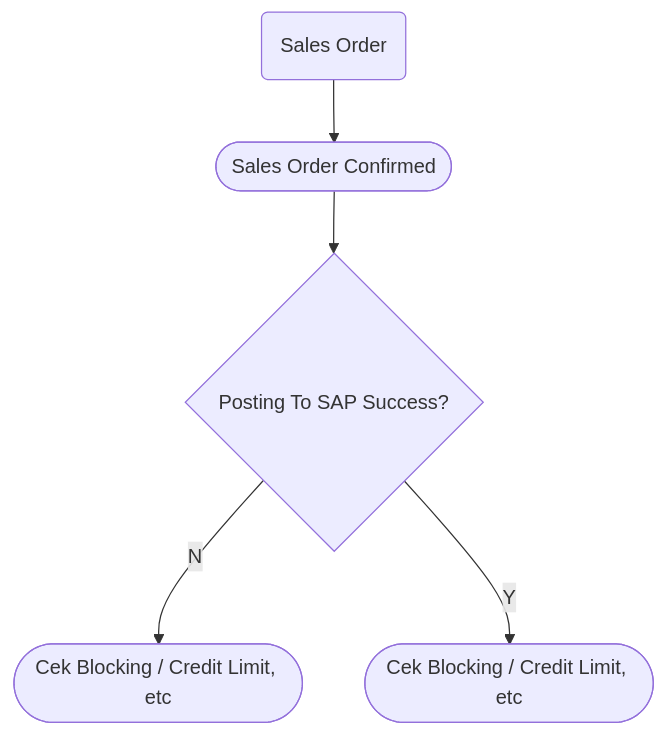
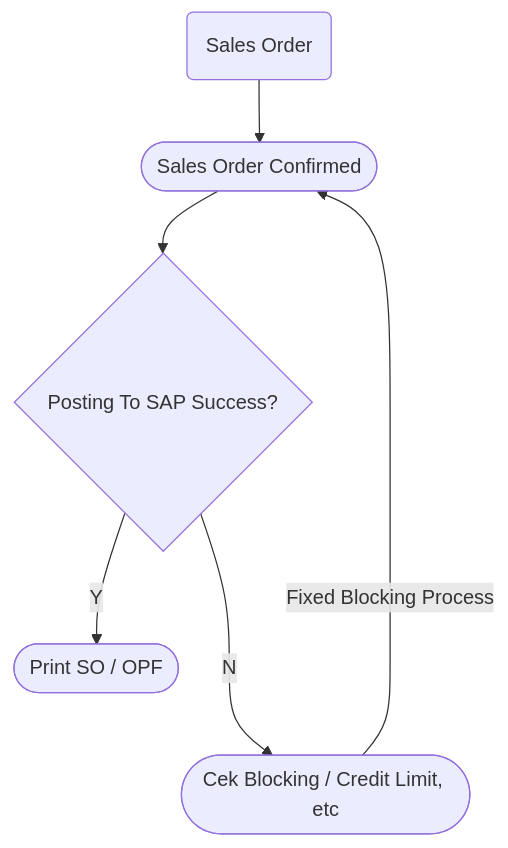
The diagram in cnw_trc_doc.md (andyut/cnw_doc), drawn with Mermaid before and after one commit. The commit also changed other lines of this file, not shown here.

Commit message:
cnw_trc_doc.md updated from https://stackedit.io/

````diff
--- a/cnw_trc_doc.md
+++ b/cnw_trc_doc.md
@@ -26,9 +26,10 @@
 ```mermaid
 graph TD
 A(Sales Order) --> A1([Sales Order Confirmed])
 A1 -->A2{Posting To SAP Success?}
-A2 -->|N| A3([Cek Blocking / Credit Limit, etc])
-A2 -->|Y| A4([Cek Blocking / Credit Limit, etc])
+A2 --->|N| A3([Cek Blocking / Credit Limit, etc])
+A3 -->|Fixed Blocking Process| A1
+A2 -->|Y| A4([Print SO / OPF])
 
 
 ```
````
